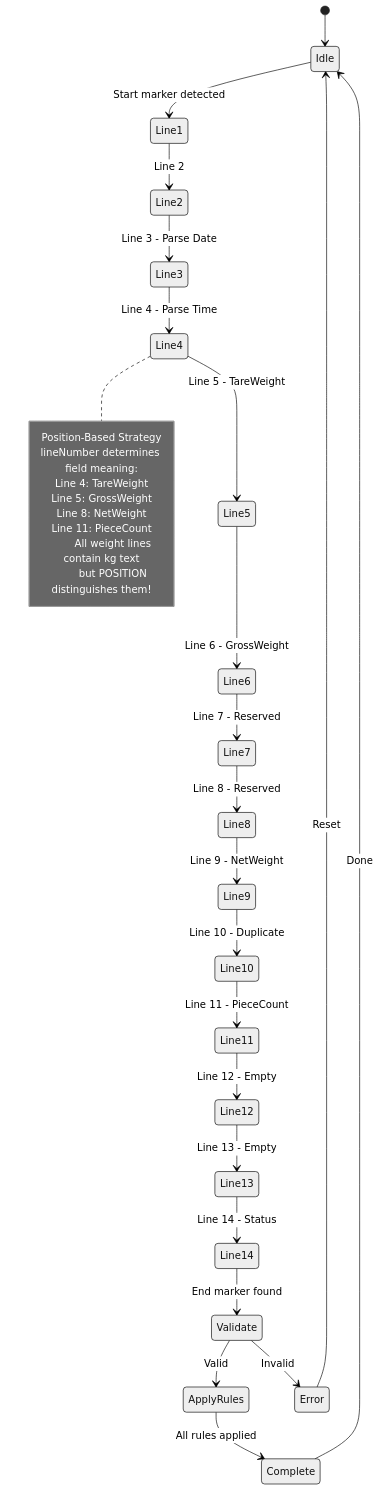
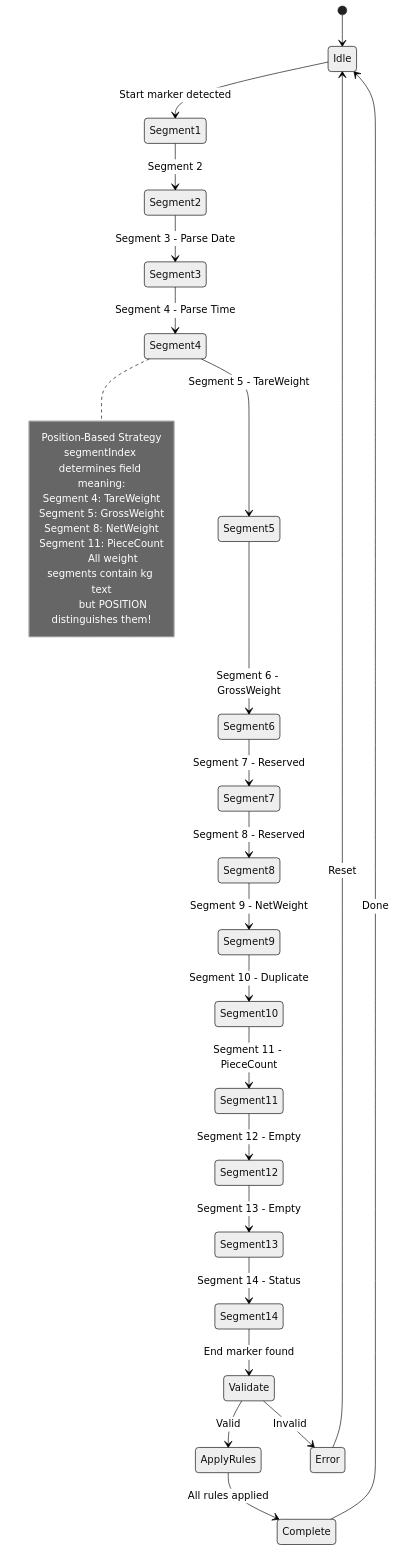
Before and after one commit to chumpon-asaneerat/NSerialCommTools: the seventh of 8 diagrams in Documents/ModernDesign/03-Parsing-Strategy-Analysis.md, drawn with Mermaid (neutral theme). The commit also changed other lines of this file and 28 other files, not shown here.

````diff
--- a/Documents/ModernDesign/03-Parsing-Strategy-Analysis.md
+++ b/Documents/ModernDesign/03-Parsing-Strategy-Analysis.md
@@ -1250,40 +1250,40 @@
 ```mermaid
 stateDiagram-v2
     [*] --> Idle
 
-    Idle --> Line1 : Start marker detected
+    Idle --> Segment1 : Start marker detected
 
-    Line1 --> Line2 : Line 2
-    Line2 --> Line3 : Line 3 - Parse Date
-    Line3 --> Line4 : Line 4 - Parse Time
-    Line4 --> Line5 : Line 5 - TareWeight
-    Line5 --> Line6 : Line 6 - GrossWeight
-    Line6 --> Line7 : Line 7 - Reserved
-    Line7 --> Line8 : Line 8 - Reserved
-    Line8 --> Line9 : Line 9 - NetWeight
-    Line9 --> Line10 : Line 10 - Duplicate
-    Line10 --> Line11 : Line 11 - PieceCount
-    Line11 --> Line12 : Line 12 - Empty
-    Line12 --> Line13 : Line 13 - Empty
-    Line13 --> Line14 : Line 14 - Status
-    Line14 --> Validate : End marker found
+    Segment1 --> Segment2 : Segment 2
+    Segment2 --> Segment3 : Segment 3 - Parse Date
+    Segment3 --> Segment4 : Segment 4 - Parse Time
+    Segment4 --> Segment5 : Segment 5 - TareWeight
+    Segment5 --> Segment6 : Segment 6 - GrossWeight
+    Segment6 --> Segment7 : Segment 7 - Reserved
+    Segment7 --> Segment8 : Segment 8 - Reserved
+    Segment8 --> Segment9 : Segment 9 - NetWeight
+    Segment9 --> Segment10 : Segment 10 - Duplicate
+    Segment10 --> Segment11 : Segment 11 - PieceCount
+    Segment11 --> Segment12 : Segment 12 - Empty
+    Segment12 --> Segment13 : Segment 13 - Empty
+    Segment13 --> Segment14 : Segment 14 - Status
+    Segment14 --> Validate : End marker found
 
     Validate --> ApplyRules : Valid
     ApplyRules --> Complete : All rules applied
     Complete --> Idle : Done
 
     Validate --> Error : Invalid
     Error --> Idle : Reset
 
-    note right of Line4
+    note right of Segment4
         Position-Based Strategy
-        lineNumber determines field meaning:
-        Line 4: TareWeight
-        Line 5: GrossWeight
-        Line 8: NetWeight
-        Line 11: PieceCount
+        segmentIndex determines field meaning:
+        Segment 4: TareWeight
+        Segment 5: GrossWeight
+        Segment 8: NetWeight
+        Segment 11: PieceCount
 
-        All weight lines contain kg text
+        All weight segments contain kg text
         but POSITION distinguishes them!
     end note
 ```
````
